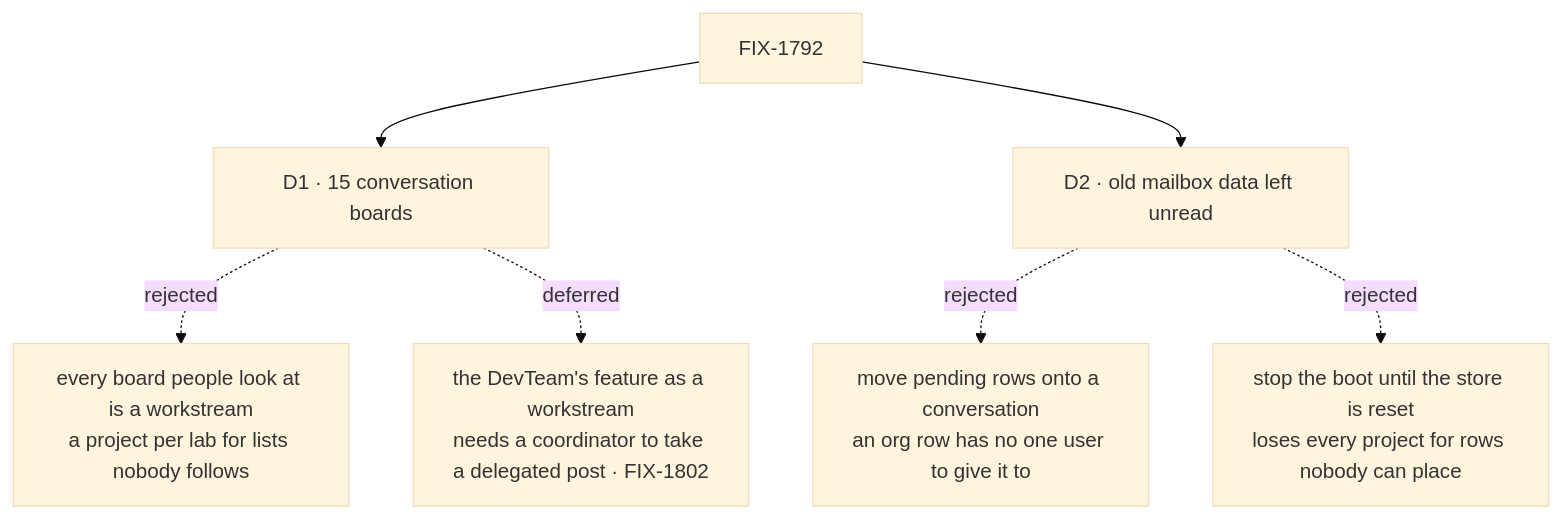
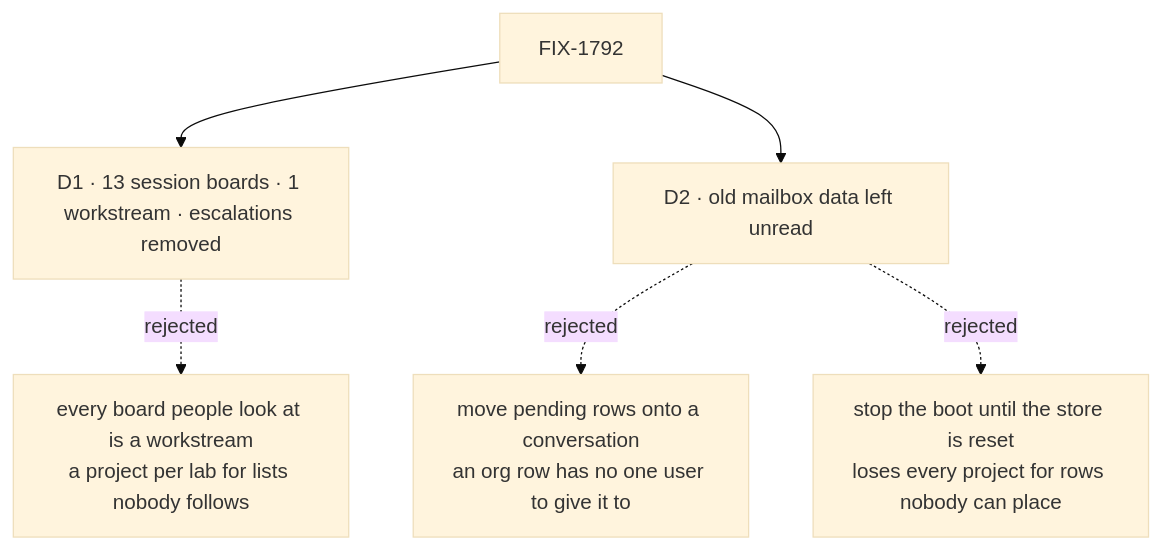
One commit to fixpoint-labs/flow-state-dev changed the diagram in specs/issues/FIX-1792/DECISIONS.md. Above: the diagram before and after it, drawn with Mermaid (base theme). The commit also changed other lines of this file and 9 other files, not shown here.

````diff
--- a/specs/issues/FIX-1792/DECISIONS.md
+++ b/specs/issues/FIX-1792/DECISIONS.md
@@ -10,9 +10,8 @@
 ```mermaid
 flowchart TD
-  I["FIX-1792"] --> D1["D1 · 15 conversation boards"]
+  I["FIX-1792"] --> D1["D1 · 13 session boards · 1 workstream · escalations removed"]
   D1 -.->|"rejected"| X1["every board people look at is a workstream<br/>a project per lab for lists nobody follows"]
-  D1 -.->|"deferred"| X1b["the DevTeam's feature as a workstream<br/>needs a coordinator to take a delegated post · FIX-1802"]
   I --> D2["D2 · old mailbox data left unread"]
   D2 -.->|"rejected"| X2["move pending rows onto a conversation<br/>an org row has no one user to give it to"]
   D2 -.->|"rejected"| X3["stop the boot until the store is reset<br/>loses every project for rows nobody can place"]
 ```
````
